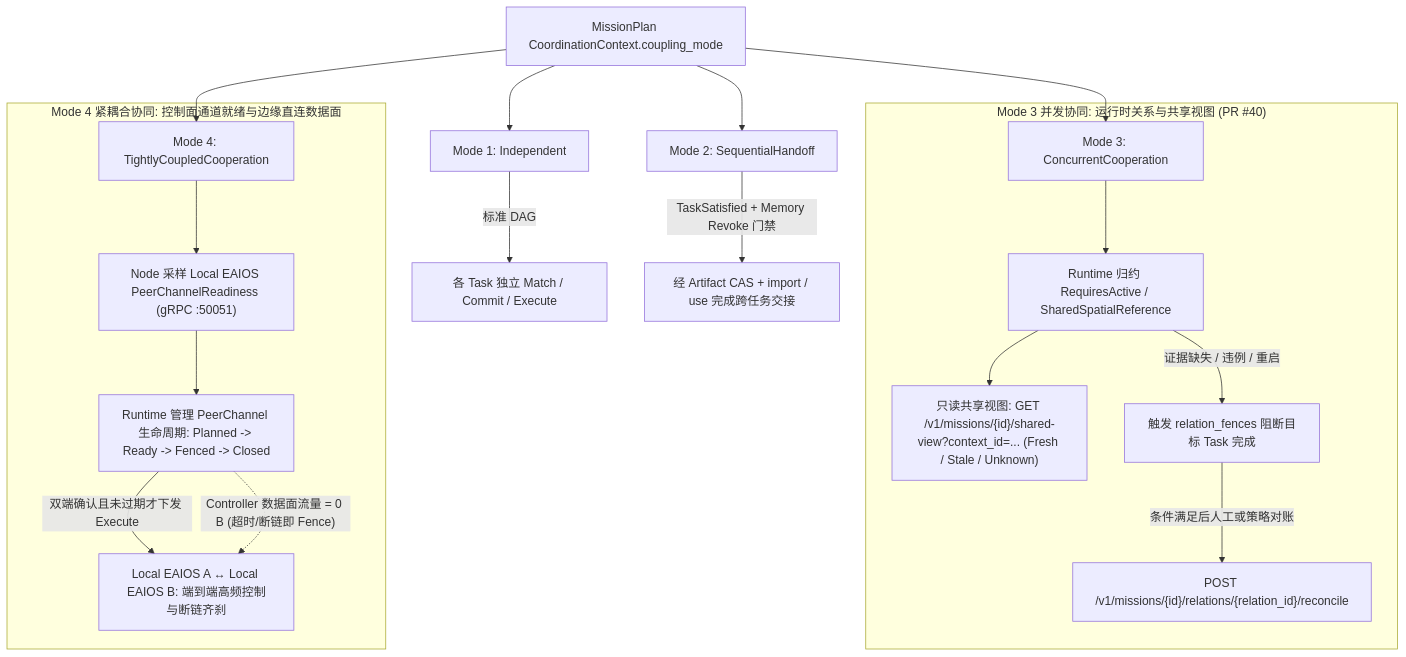
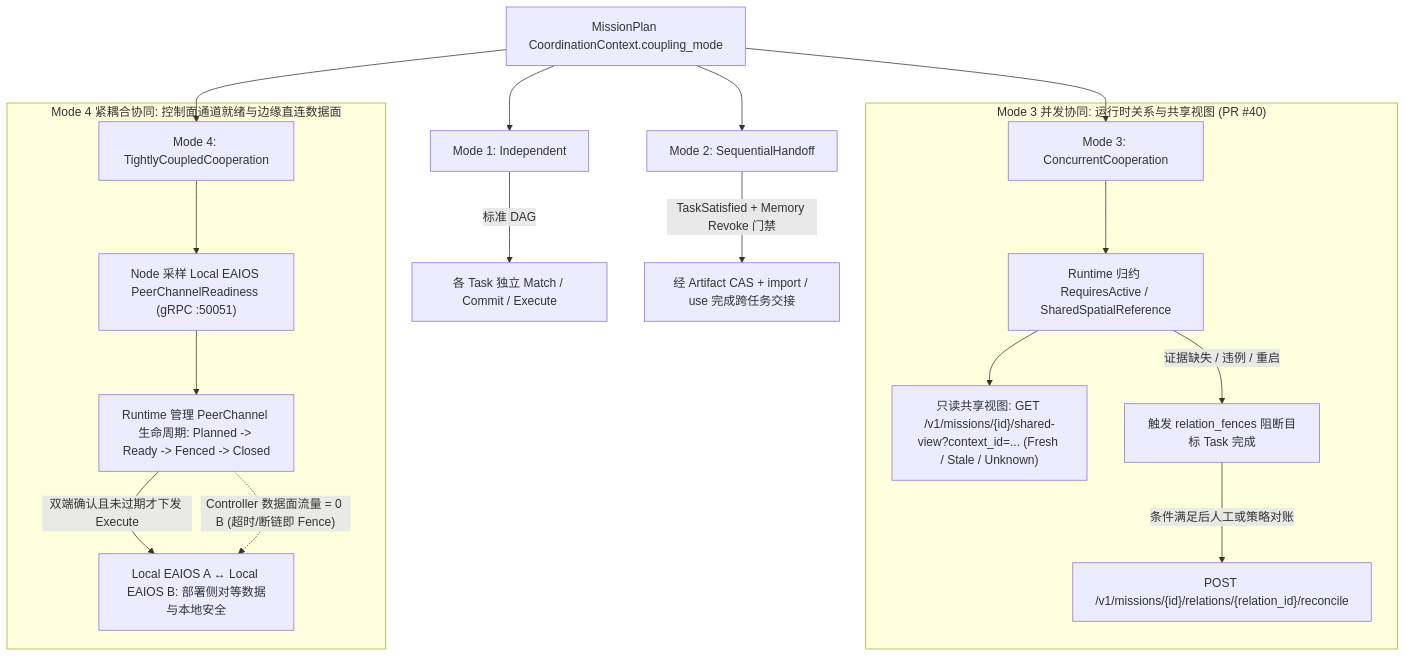
Before and after one commit to Farewell-CK/RoboGuide: the fourth of 5 diagrams in docs/architecture/v2/system-dataflows.md, drawn with Mermaid. The commit also changed other lines of this file and 8 other files, not shown here.

````diff
--- a/docs/architecture/v2/system-dataflows.md
+++ b/docs/architecture/v2/system-dataflows.md
@@ -148,24 +148,24 @@
 ```mermaid
 flowchart TB
   PLAN["MissionPlan CoordinationContext.coupling_mode"] --> M1["Mode 1: Independent"]
   PLAN --> M2["Mode 2: SequentialHandoff"]
   PLAN --> M3["Mode 3: ConcurrentCooperation"]
   PLAN --> M4["Mode 4: TightlyCoupledCooperation"]
 
   M1 -->|"标准 DAG"| D1["各 Task 独立 Match / Commit / Execute"]
   M2 -->|"TaskSatisfied + Memory Revoke 门禁"| D2["经 Artifact CAS + import / use 完成跨任务交接"]
 
   subgraph MODE3["Mode 3 并发协同: 运行时关系与共享视图 (PR #40)"]
     M3 --> REL["Runtime 归约 RequiresActive / SharedSpatialReference"]
     REL --> VIEW["只读共享视图: GET /v1/missions/{id}/shared-view?context_id=... (Fresh / Stale / Unknown)"]
     REL -->|"证据缺失 / 违例 / 重启"| FENCE3["触发 relation_fences 阻断目标 Task 完成"]
     FENCE3 -->|"条件满足后人工或策略对账"| REC3["POST /v1/missions/{id}/relations/{relation_id}/reconcile"]
   end
 
   subgraph MODE4["Mode 4 紧耦合协同: 控制面通道就绪与边缘直连数据面"]
     M4 --> OBS["Node 采样 Local EAIOS PeerChannelReadiness (gRPC :50051)"]
     OBS --> PC["Runtime 管理 PeerChannel 生命周期: Planned -> Ready -> Fenced -> Closed"]
-    PC -->|"双端确认且未过期才下发 Execute"| P2P["Local EAIOS A ↔ Local EAIOS B: 端到端高频控制与断链齐刹"]
+    PC -->|"双端确认且未过期才下发 Execute"| P2P["Local EAIOS A ↔ Local EAIOS B: 部署侧对等数据与本地安全"]
     PC -.->|"Controller 数据面流量 = 0 B (超时/断链即 Fence)"| P2P
   end
 ```
````
